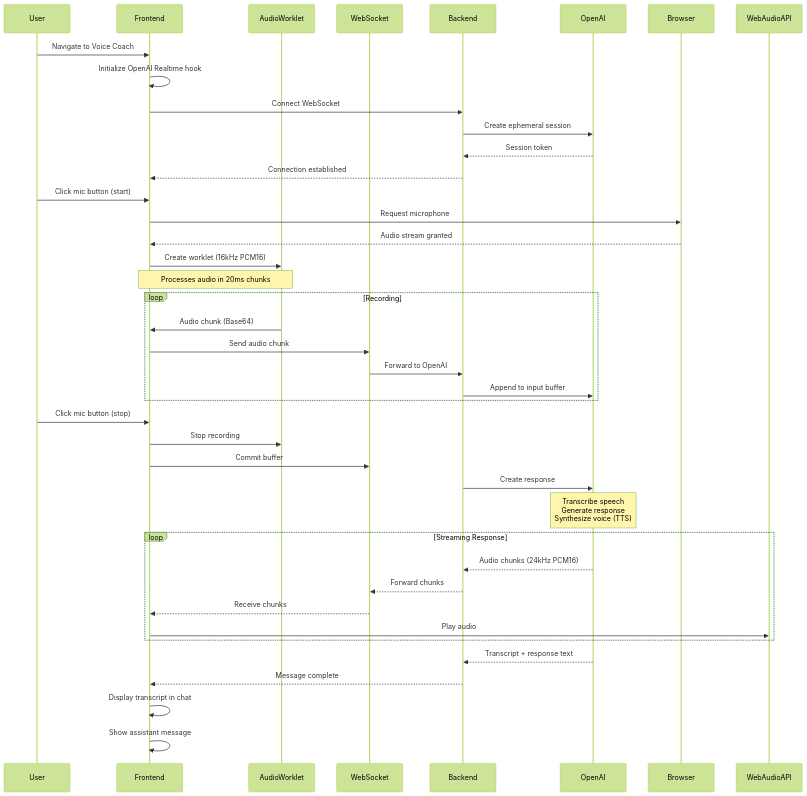
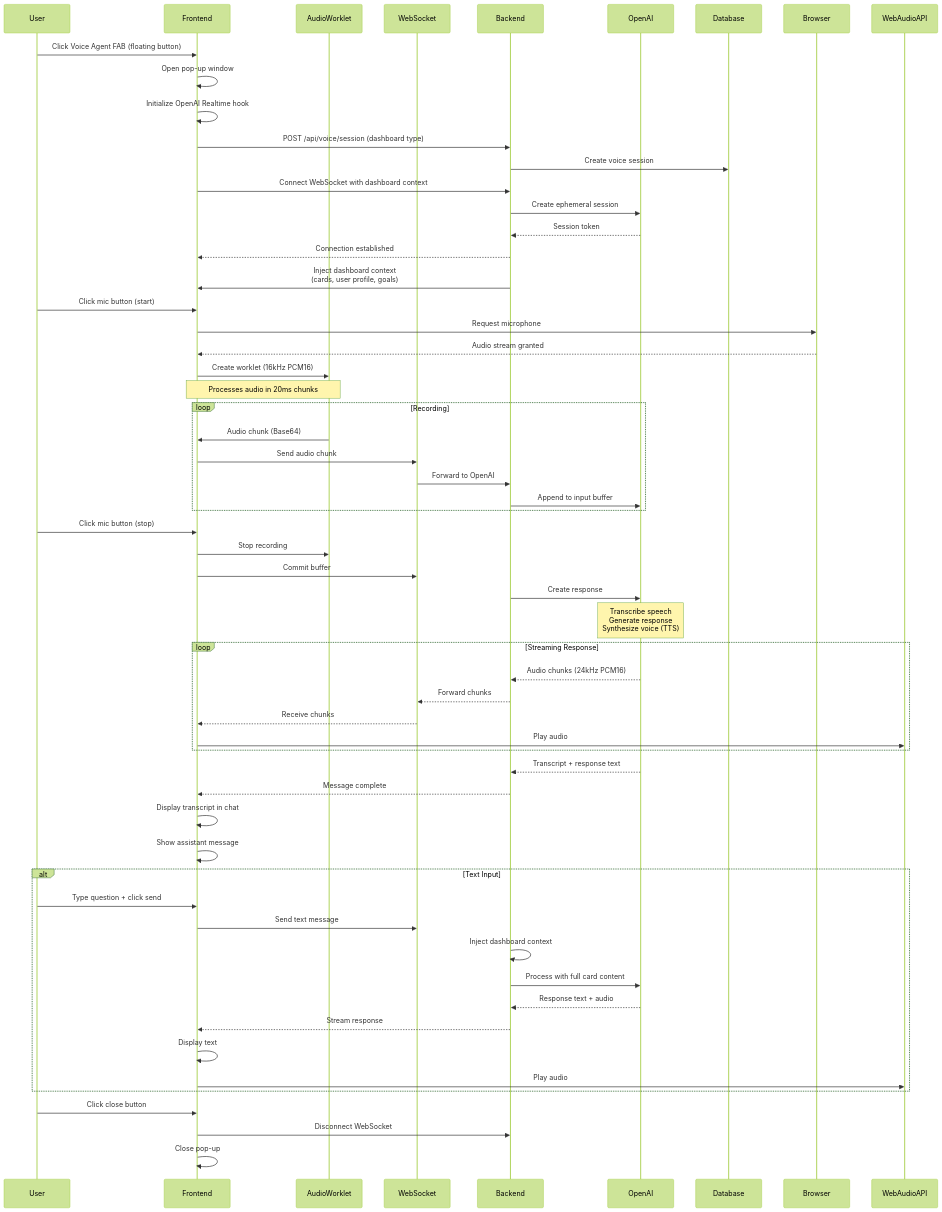
Before and after one commit to EyadAlsadouni/AI-Based-Education: the third of 10 diagrams in ARCHITECTURE.md, drawn with Mermaid (forest theme). The commit also changed other lines of this file and 11 other files, not shown here.

````diff
--- a/ARCHITECTURE.md
+++ b/ARCHITECTURE.md
@@ -271,48 +274,67 @@
 ```mermaid
 sequenceDiagram
     participant User
     participant Frontend
     participant AudioWorklet
     participant WebSocket
     participant Backend
     participant OpenAI
     
-    User->>Frontend: Navigate to Voice Coach
+    User->>Frontend: Click Voice Agent FAB (floating button)
+    Frontend->>Frontend: Open pop-up window
     Frontend->>Frontend: Initialize OpenAI Realtime hook
-    Frontend->>Backend: Connect WebSocket
+    Frontend->>Backend: POST /api/voice/session (dashboard type)
+    Backend->>Database: Create voice session
+    Frontend->>Backend: Connect WebSocket with dashboard context
     Backend->>OpenAI: Create ephemeral session
     OpenAI-->>Backend: Session token
     Backend-->>Frontend: Connection established
+    Backend->>Frontend: Inject dashboard context<br/>(cards, user profile, goals)
     
     User->>Frontend: Click mic button (start)
     Frontend->>Browser: Request microphone
     Browser-->>Frontend: Audio stream granted
     Frontend->>AudioWorklet: Create worklet (16kHz PCM16)
     Note over Frontend,AudioWorklet: Processes audio in 20ms chunks
     
     loop Recording
         AudioWorklet->>Frontend: Audio chunk (Base64)
         Frontend->>WebSocket: Send audio chunk
         WebSocket->>Backend: Forward to OpenAI
         Backend->>OpenAI: Append to input buffer
     end
     
     User->>Frontend: Click mic button (stop)
     Frontend->>AudioWorklet: Stop recording
     Frontend->>WebSocket: Commit buffer
     Backend->>OpenAI: Create response
     
     Note over OpenAI: Transcribe speech<br/>Generate response<br/>Synthesize voice (TTS)
     
     loop Streaming Response
         OpenAI-->>Backend: Audio chunks (24kHz PCM16)
         Backend-->>WebSocket: Forward chunks
         WebSocket-->>Frontend: Receive chunks
         Frontend->>WebAudioAPI: Play audio
     end
     
     OpenAI-->>Backend: Transcript + response text
     Backend-->>Frontend: Message complete
     Frontend->>Frontend: Display transcript in chat
     Frontend->>Frontend: Show assistant message
+    
+    alt Text Input
+        User->>Frontend: Type question + click send
+        Frontend->>WebSocket: Send text message
+        Backend->>Backend: Inject dashboard context
+        Backend->>OpenAI: Process with full card content
+        OpenAI-->>Backend: Response text + audio
+        Backend-->>Frontend: Stream response
+        Frontend->>Frontend: Display text
+        Frontend->>WebAudioAPI: Play audio
+    end
+    
+    User->>Frontend: Click close button
+    Frontend->>Backend: Disconnect WebSocket
+    Frontend->>Frontend: Close pop-up
 ```
````
